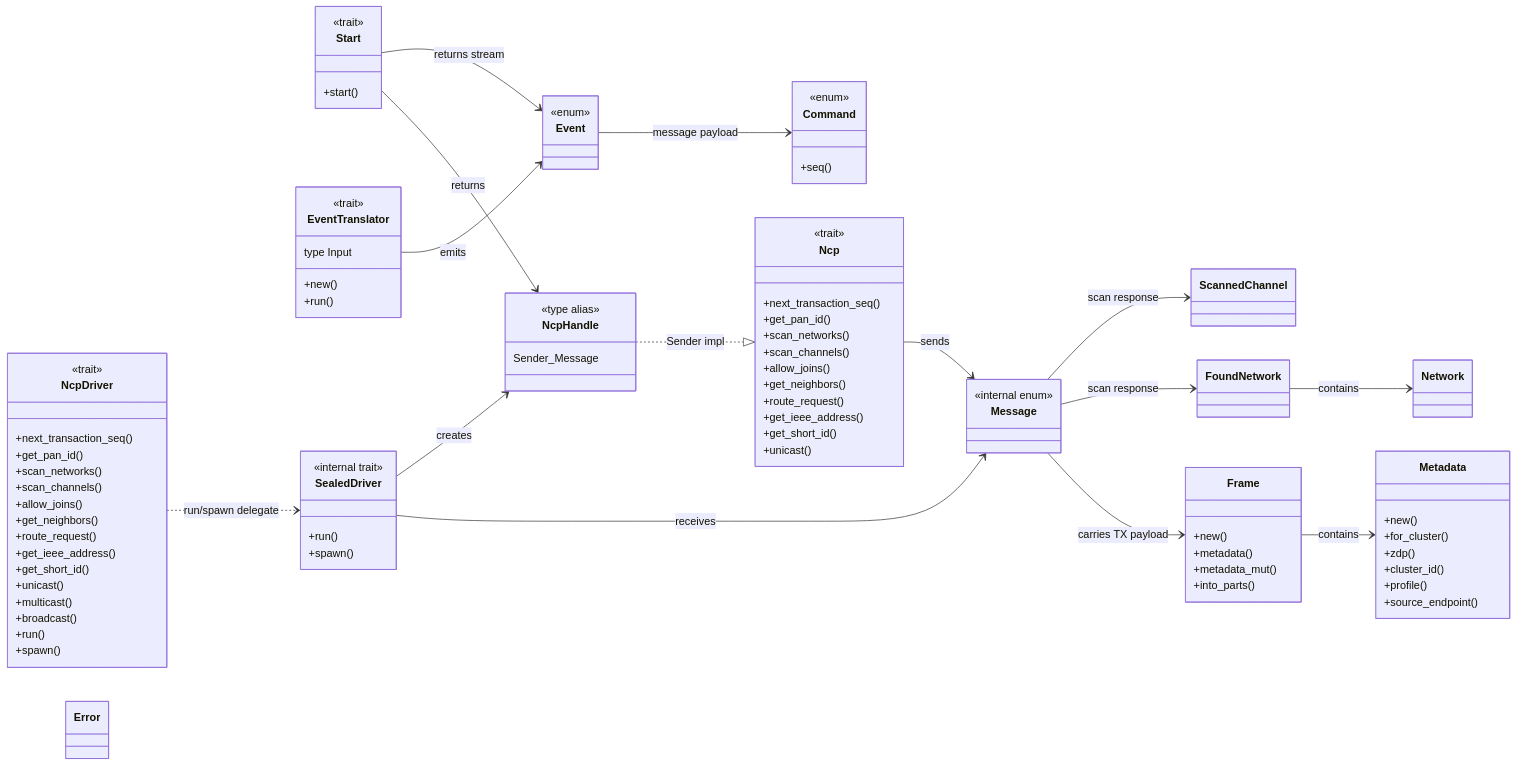
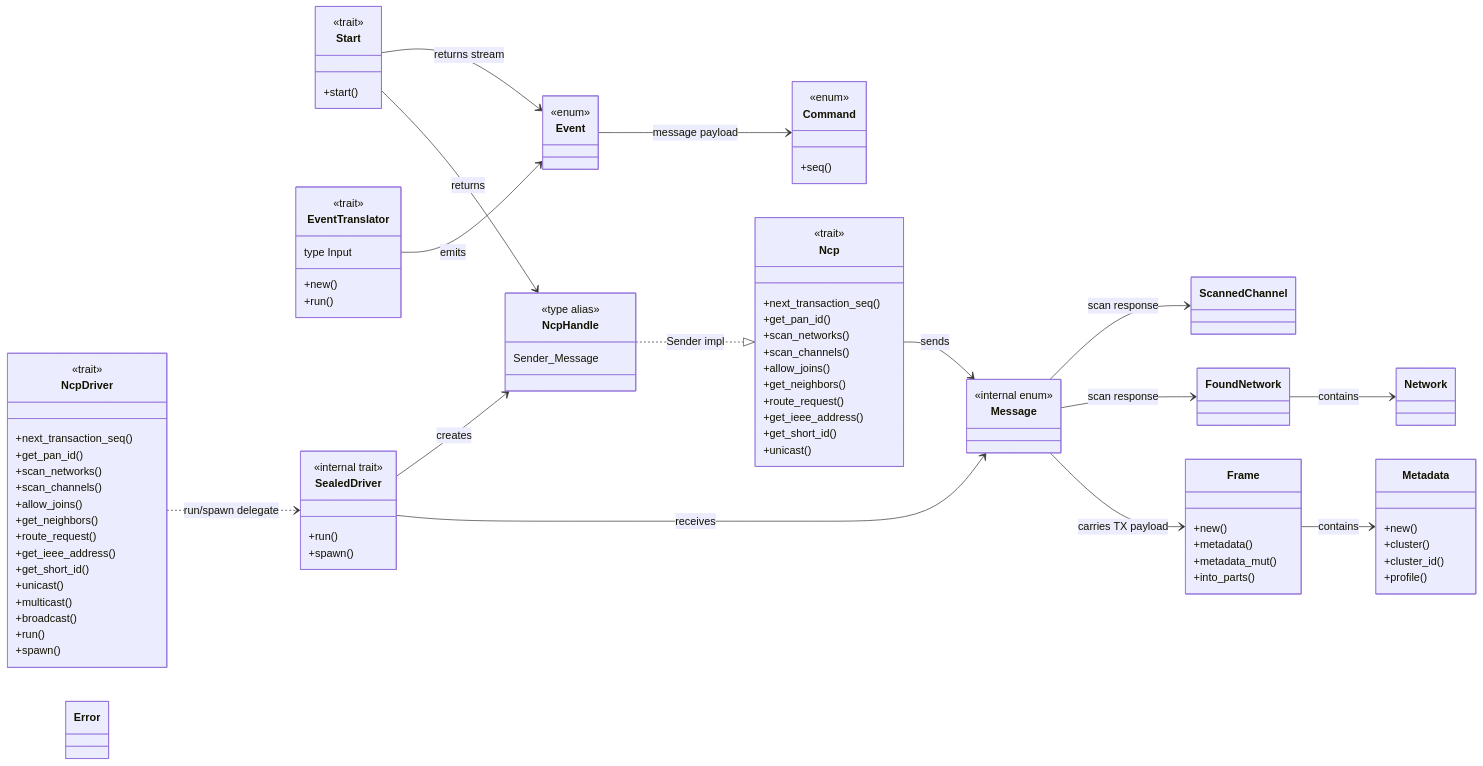
One commit to PaulmannLighting/apis-saltans changed the first of 3 diagrams in apis-saltans-hw/ARCHITECTURE.md. Above: the diagram before and after it, drawn with Mermaid. The commit also changed other lines of this file and 13 other files, not shown here.

```diff
--- a/apis-saltans-hw/ARCHITECTURE.md
+++ b/apis-saltans-hw/ARCHITECTURE.md
@@ -120,11 +120,9 @@
 
     class Metadata {
         +new()
-        +for_cluster()
-        +zdp()
+        +cluster()
         +cluster_id()
         +profile()
-        +source_endpoint()
     }
 
     class FoundNetwork
```
